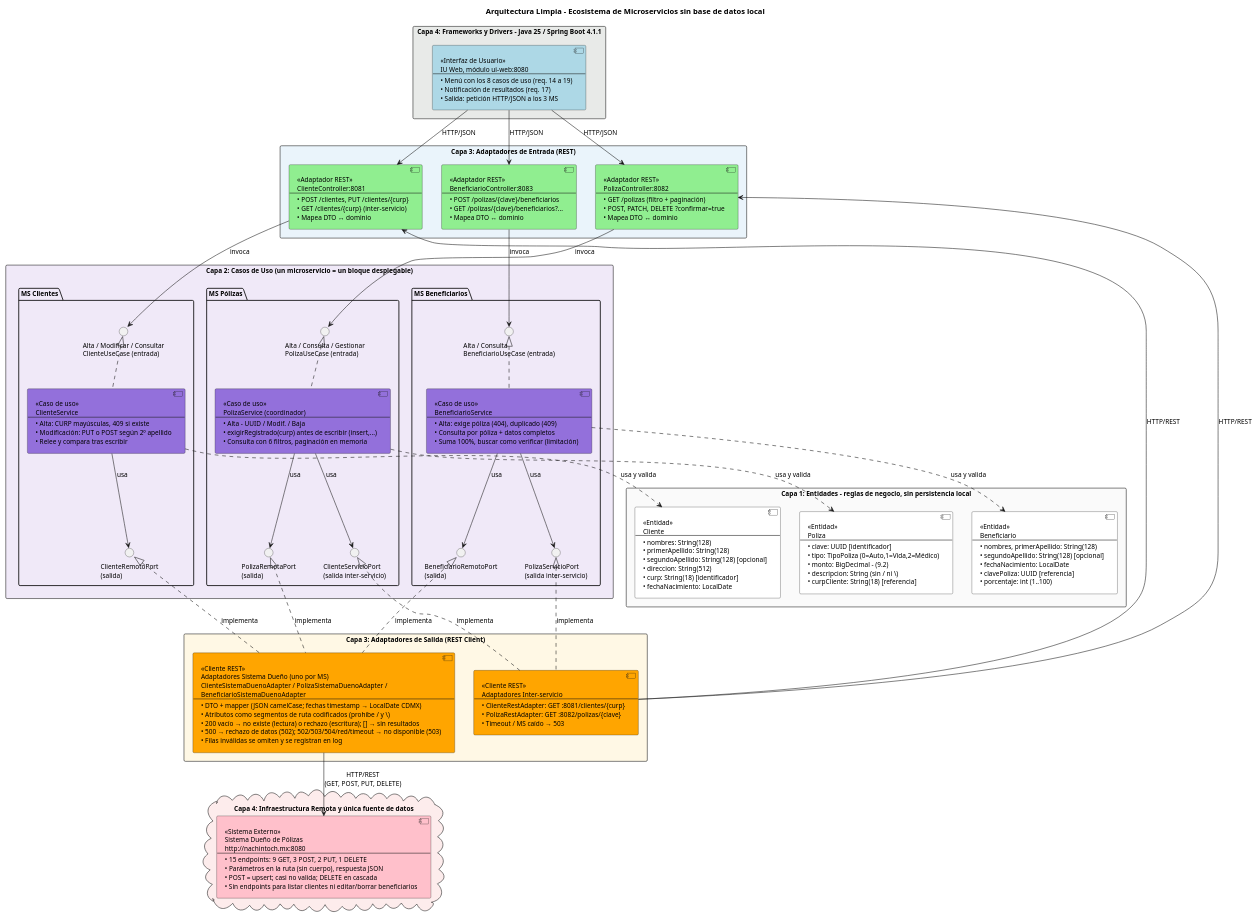
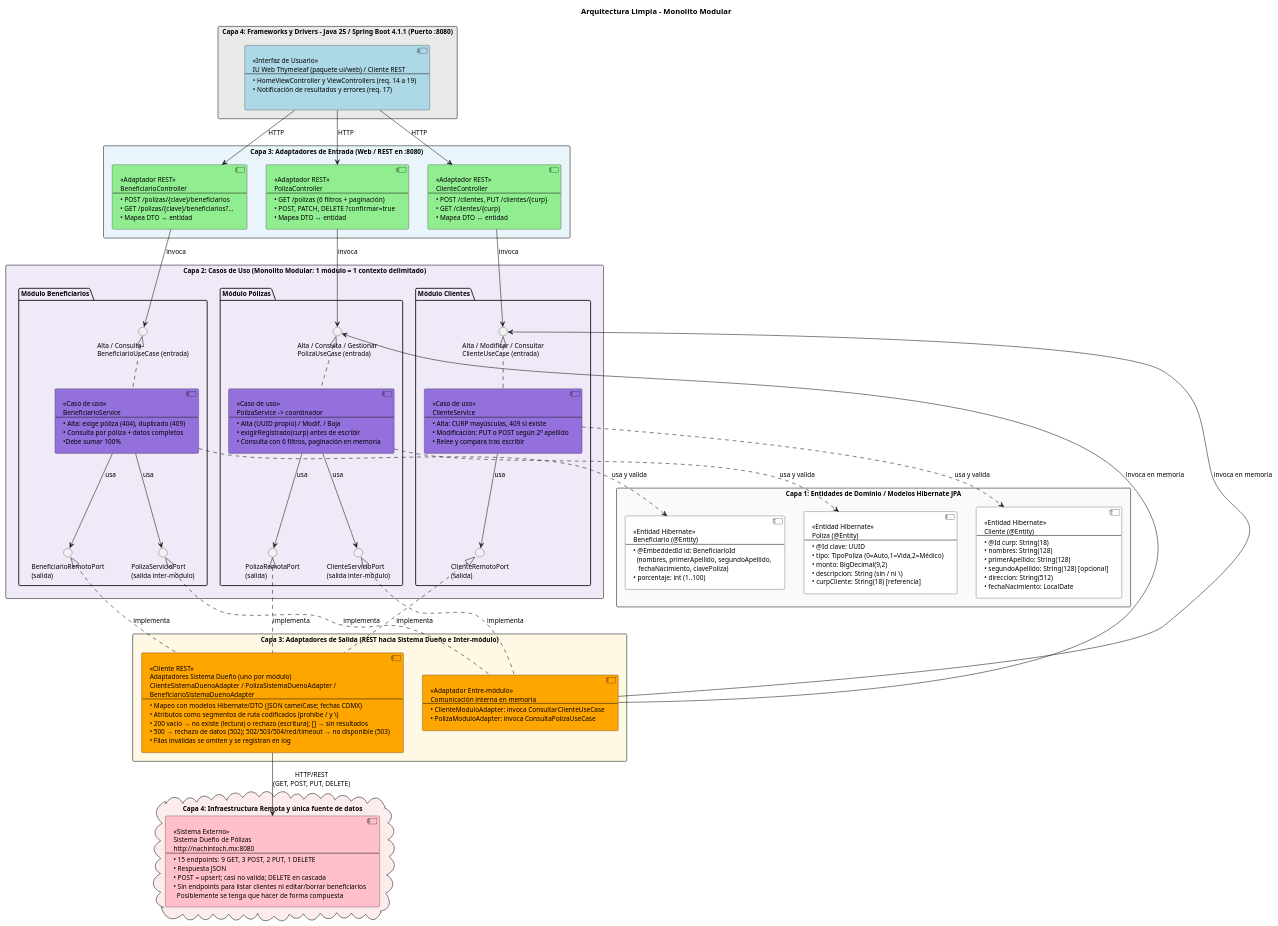
The diagram in docs/arquitectura4.puml (tuxryu/ProyectoAQS_26-II), drawn with PlantUML before and after one commit. The commit also changed 5 other files, not shown here.

Commit message:
Agrega hibernate-core, guia de equipo en docs y correccion a diagrama

```diff
--- a/docs/arquitectura4.puml
+++ b/docs/arquitectura4.puml
@@ -1,90 +1,90 @@
 @startuml
-title Arquitectura Limpia - Ecosistema de Microservicios sin base de datos local
+title Arquitectura Limpia - Monolito Modular
 skinparam componentStyle uml2
 skinparam shadowing false
 skinparam defaultFontSize 12
 
-rectangle "Capa 4: Frameworks y Drivers - Java 25 / Spring Boot 4.1.1" as C4a #E8EAE8 {
-  component "<<Interfaz de Usuario>>\nIU Web, módulo ui-web:8080\n--\n• Menú con los 8 casos de uso (req. 14 a 19)\n• Notificación de resultados (req. 17)\n• Salida: petición HTTP/JSON a los 3 MS" as UI #ADD8E6
+rectangle "Capa 4: Frameworks y Drivers - Java 25 / Spring Boot 4.1.1 (Puerto :8080)" as C4a #E8EAE8 {
+  component "<<Interfaz de Usuario>>\nIU Web Thymeleaf (paquete ui/web) / Cliente REST\n--\n• HomeViewController y ViewControllers (req. 14 a 19)\n• Notificación de resultados y errores (req. 17)\n" as UI #ADD8E6
 }
 
-rectangle "Capa 3: Adaptadores de Entrada (REST)" as C3in #EAF4FB {
-  component "<<Adaptador REST>>\nClienteController:8081\n--\n• POST /clientes, PUT /clientes/{curp}\n• GET /clientes/{curp} (inter-servicio)\n• Mapea DTO ↔ dominio" as ACli #90EE90
-  component "<<Adaptador REST>>\nPolizaController:8082\n--\n• GET /polizas (filtro + paginación)\n• POST, PATCH, DELETE ?confirmar=true\n• Mapea DTO ↔ dominio" as APol #90EE90
-  component "<<Adaptador REST>>\nBeneficiarioController:8083\n--\n• POST /polizas/{clave}/beneficiarios\n• GET /polizas/{clave}/beneficiarios?...\n• Mapea DTO ↔ dominio" as ABen #90EE90
+rectangle "Capa 3: Adaptadores de Entrada (Web / REST en :8080)" as C3in #EAF4FB {
+  component "<<Adaptador REST>>\nClienteController\n--\n• POST /clientes, PUT /clientes/{curp}\n• GET /clientes/{curp}\n• Mapea DTO ↔ entidad" as ACli #90EE90
+  component "<<Adaptador REST>>\nPolizaController\n--\n• GET /polizas (6 filtros + paginación)\n• POST, PATCH, DELETE ?confirmar=true\n• Mapea DTO ↔ entidad" as APol #90EE90
+  component "<<Adaptador REST>>\nBeneficiarioController\n--\n• POST /polizas/{clave}/beneficiarios\n• GET /polizas/{clave}/beneficiarios?...\n• Mapea DTO ↔ entidad" as ABen #90EE90
 }
 
-rectangle "Capa 2: Casos de Uso (un microservicio = un bloque desplegable)" as C2 #F0E9F8 {
+rectangle "Capa 2: Casos de Uso (Monolito Modular: 1 módulo = 1 contexto delimitado)" as C2 #F0E9F8 {
 
-  package "MS Clientes" as MSC {
+  package "Módulo Clientes" as MSC {
     interface "Alta / Modificar / Consultar\nClienteUseCase (entrada)" as PInCli
     component "<<Caso de uso>>\nClienteService\n--\n• Alta: CURP mayúsculas, 409 si existe\n• Modificación: PUT o POST según 2º apellido\n• Relee y compara tras escribir" as SCli #9370DB
     interface "ClienteRemotoPort\n(salida)" as POutCli
   }
 
-  package "MS Pólizas" as MSP {
+  package "Módulo Pólizas" as MSP {
     interface "Alta / Consulta / Gestionar\nPolizaUseCase (entrada)" as PInPol
-    component "<<Caso de uso>>\nPolizaService (coordinador)\n--\n• Alta - UUID / Modif. / Baja\n• exigirRegistrado(curp) antes de escribir (insert,...)\n• Consulta con 6 filtros, paginación en memoria" as SPol #9370DB
+    component "<<Caso de uso>>\nPolizaService -> coordinador\n--\n• Alta (UUID propio) / Modif. / Baja\n• exigirRegistrado(curp) antes de escribir\n• Consulta con 6 filtros, paginación en memoria" as SPol #9370DB
     interface "PolizaRemotaPort\n(salida)" as POutPol
-    interface "ClienteServicioPort\n(salida inter-servicio)" as POutPolCli
+    interface "ClienteServicioPort\n(salida inter-módulo)" as POutPolCli
   }
 
-  package "MS Beneficiarios" as MSB {
+  package "Módulo Beneficiarios" as MSB {
     interface "Alta / Consulta\nBeneficiarioUseCase (entrada)" as PInBen
-    component "<<Caso de uso>>\nBeneficiarioService\n--\n• Alta: exige póliza (404), duplicado (409)\n• Consulta por póliza + datos completos\n• Suma 100%, buscar como verificar (limitación)" as SBen #9370DB
+    component "<<Caso de uso>>\nBeneficiarioService\n--\n• Alta: exige póliza (404), duplicado (409)\n• Consulta por póliza + datos completos\n•Debe sumar 100%" as SBen #9370DB
     interface "BeneficiarioRemotoPort\n(salida)" as POutBen
-    interface "PolizaServicioPort\n(salida inter-servicio)" as POutBenPol
+    interface "PolizaServicioPort\n(salida inter-módulo)" as POutBenPol
   }
 }
 
-rectangle "Capa 1: Entidades - reglas de negocio, sin persistencia local" as C1 #FAFAFA {
-  component "<<Entidad>>\nCliente\n--\n• nombres: String(128)\n• primerApellido: String(128)\n• segundoApellido: String(128) [opcional]\n• direccion: String(512)\n• curp: String(18) [identificador]\n• fechaNacimiento: LocalDate" as ECli #White
-  component "<<Entidad>>\nPoliza\n--\n• clave: UUID [identificador]\n• tipo: TipoPoliza (0=Auto,1=Vida,2=Médico)\n• monto: BigDecimal - (9.2)\n• descripcion: String (sin / ni \\)\n• curpCliente: String(18) [referencia]" as EPol #White
-  component "<<Entidad>>\nBeneficiario\n--\n• nombres, primerApellido: String(128)\n• segundoApellido: String(128) [opcional]\n• fechaNacimiento: LocalDate\n• clavePoliza: UUID [referencia]\n• porcentaje: int (1..100)" as EBen #White
+rectangle "Capa 1: Entidades de Dominio / Modelos Hibernate JPA" as C1 #FAFAFA {
+  component "<<Entidad Hibernate>>\nCliente (@Entity)\n--\n• @Id curp: String(18)\n• nombres: String(128)\n• primerApellido: String(128)\n• segundoApellido: String(128) [opcional]\n• direccion: String(512)\n• fechaNacimiento: LocalDate" as ECli #White
+  component "<<Entidad Hibernate>>\nPoliza (@Entity)\n--\n• @Id clave: UUID\n• tipo: TipoPoliza (0=Auto,1=Vida,2=Médico)\n• monto: BigDecimal(9,2)\n• descripcion: String (sin / ni \\)\n• curpCliente: String(18) [referencia]" as EPol #White
+  component "<<Entidad Hibernate>>\nBeneficiario (@Entity)\n--\n• @EmbeddedId id: BeneficiarioId\n  (nombres, primerApellido, segundoApellido,\n   fechaNacimiento, clavePoliza)\n• porcentaje: int (1..100)" as EBen #White
 }
 
-rectangle "Capa 3: Adaptadores de Salida (REST Client)" as C3out #FFF8E5 {
-  component "<<Cliente REST>>\nAdaptadores Sistema Dueño (uno por MS)\nClienteSistemaDuenoAdapter / PolizaSistemaDuenoAdapter /\nBeneficiarioSistemaDuenoAdapter\n--\n• DTO + mapper (JSON camelCase; fechas timestamp → LocalDate CDMX)\n• Atributos como segmentos de ruta codificados (prohíbe / y \\)\n• 200 vacío → no existe (lectura) o rechazo (escritura); [] → sin resultados\n• 500 → rechazo de datos (502); 502/503/504/red/timeout → no disponible (503)\n• Filas inválidas se omiten y se registran en log" as AOut #FFA500
-  component "<<Cliente REST>>\nAdaptadores Inter-servicio\n--\n• ClienteRestAdapter: GET :8081/clientes/{curp}\n• PolizaRestAdapter: GET :8082/polizas/{clave}\n• Timeout / MS caído → 503" as AInt #FFA500
+rectangle "Capa 3: Adaptadores de Salida (REST hacia Sistema Dueño e Inter-módulo)" as C3out #FFF8E5 {
+  component "<<Cliente REST>>\nAdaptadores Sistema Dueño (uno por módulo)\nClienteSistemaDuenoAdapter / PolizaSistemaDuenoAdapter /\nBeneficiarioSistemaDuenoAdapter\n--\n• Mapeo con modelos Hibernate/DTO (JSON camelCase; fechas CDMX)\n• Atributos como segmentos de ruta codificados (prohíbe / y \\)\n• 200 vacío → no existe (lectura) o rechazo (escritura); [] → sin resultados\n• 500 → rechazo de datos (502); 502/503/504/red/timeout → no disponible (503)\n• Filas inválidas se omiten y se registran en log" as AOut #FFA500
+  component "<<Adaptador Entre-módulo>>\nComunicación interna en memoria\n--\n• ClienteModuloAdapter: invoca ConsultarClienteUseCase\n• PolizaModuloAdapter: invoca ConsultaPolizaUseCase" as AInt #FFA500
 }
 
 cloud "Capa 4: Infraestructura Remota y única fuente de datos" as C4b #FDECEC {
-  component "<<Sistema Externo>>\nSistema Dueño de Pólizas\nhttp://nachintoch.mx:8080\n--\n• 15 endpoints: 9 GET, 3 POST, 2 PUT, 1 DELETE\n• Parámetros en la ruta (sin cuerpo), respuesta JSON\n• POST = upsert; casi no valida; DELETE en cascada\n• Sin endpoints para listar clientes ni editar/borrar beneficiarios" as EXT #FFC0CB
+  component "<<Sistema Externo>>\nSistema Dueño de Pólizas\nhttp://nachintoch.mx:8080\n--\n• 15 endpoints: 9 GET, 3 POST, 2 PUT, 1 DELETE\n• Respuesta JSON\n• POST = upsert; casi no valida; DELETE en cascada\n• Sin endpoints para listar clientes ni editar/borrar beneficiarios\n  Posiblemente se tenga que hacer de forma compuesta" as EXT #FFC0CB
 }
 
-UI --> ACli : HTTP/JSON
-UI --> APol : HTTP/JSON
-UI --> ABen : HTTP/JSON
+UI --> ACli : HTTP
+UI --> APol : HTTP
+UI --> ABen : HTTP
 
 ACli --> PInCli : invoca
 APol --> PInPol : invoca
 ABen --> PInBen : invoca
 
 ' El servicio IMPLEMENTA el puerto de entrada
 SCli .up.|> PInCli
 SPol .up.|> PInPol
 SBen .up.|> PInBen
 
 ' El servicio USA los puertos de salida
 SCli --> POutCli : usa
 SPol --> POutPol : usa
 SPol --> POutPolCli : usa
 SBen --> POutBen : usa
 SBen --> POutBenPol : usa
 
 SCli ..> ECli : usa y valida
 SPol ..> EPol : usa y valida
 SBen ..> EBen : usa y valida
 
 ' Inversión de dependencias: el ADAPTADOR implementa el puerto
 AOut .up.|> POutCli : implementa
 AOut .up.|> POutPol : implementa
 AOut .up.|> POutBen : implementa
 AInt .up.|> POutPolCli : implementa
 AInt .up.|> POutBenPol : implementa
 
 AOut --> EXT : HTTP/REST\n(GET, POST, PUT, DELETE)
-AInt --> ACli : HTTP/REST
-AInt --> APol : HTTP/REST
+AInt --> PInCli : invoca en memoria
+AInt --> PInPol : invoca en memoria
 
 @enduml
```
